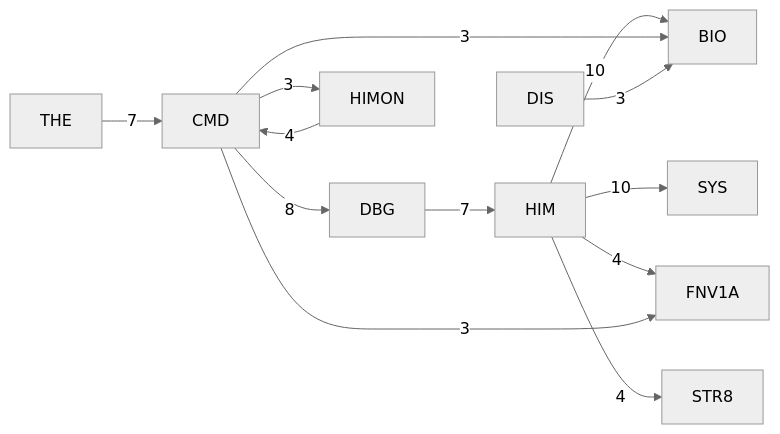
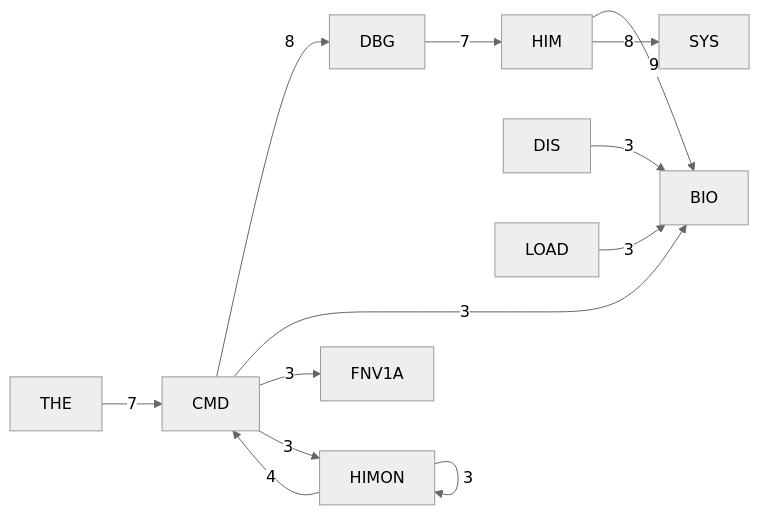
One commit to 95westus/R-YORS changed the third of 7 diagrams in DOC/GENERATED/ROUTINE_CLASS_DIAGRAM.md. Above: the diagram before and after it, drawn with Mermaid (neutral theme). The commit also changed other lines of this file and 243 other files, not shown here.

````diff
--- a/DOC/GENERATED/ROUTINE_CLASS_DIAGRAM.md
+++ b/DOC/GENERATED/ROUTINE_CLASS_DIAGRAM.md
@@ -44,15 +44,15 @@
 ```mermaid
 flowchart LR
-    P_HIM[HIM] -->|10| P_BIO[BIO]
-    P_HIM[HIM] -->|10| P_SYS[SYS]
+    P_HIM[HIM] -->|9| P_BIO[BIO]
     P_CMD[CMD] -->|8| P_DBG[DBG]
+    P_HIM[HIM] -->|8| P_SYS[SYS]
     P_DBG[DBG] -->|7| P_HIM[HIM]
     P_THE[THE] -->|7| P_CMD[CMD]
-    P_HIM[HIM] -->|4| P_FNV1A[FNV1A]
-    P_HIM[HIM] -->|4| P_STR8[STR8]
     P_HIMON[HIMON] -->|4| P_CMD[CMD]
     P_CMD[CMD] -->|3| P_BIO[BIO]
     P_CMD[CMD] -->|3| P_FNV1A[FNV1A]
     P_CMD[CMD] -->|3| P_HIMON[HIMON]
     P_DIS[DIS] -->|3| P_BIO[BIO]
+    P_HIMON[HIMON] -->|3| P_HIMON[HIMON]
+    P_LOAD[LOAD] -->|3| P_BIO[BIO]
 ```
````
